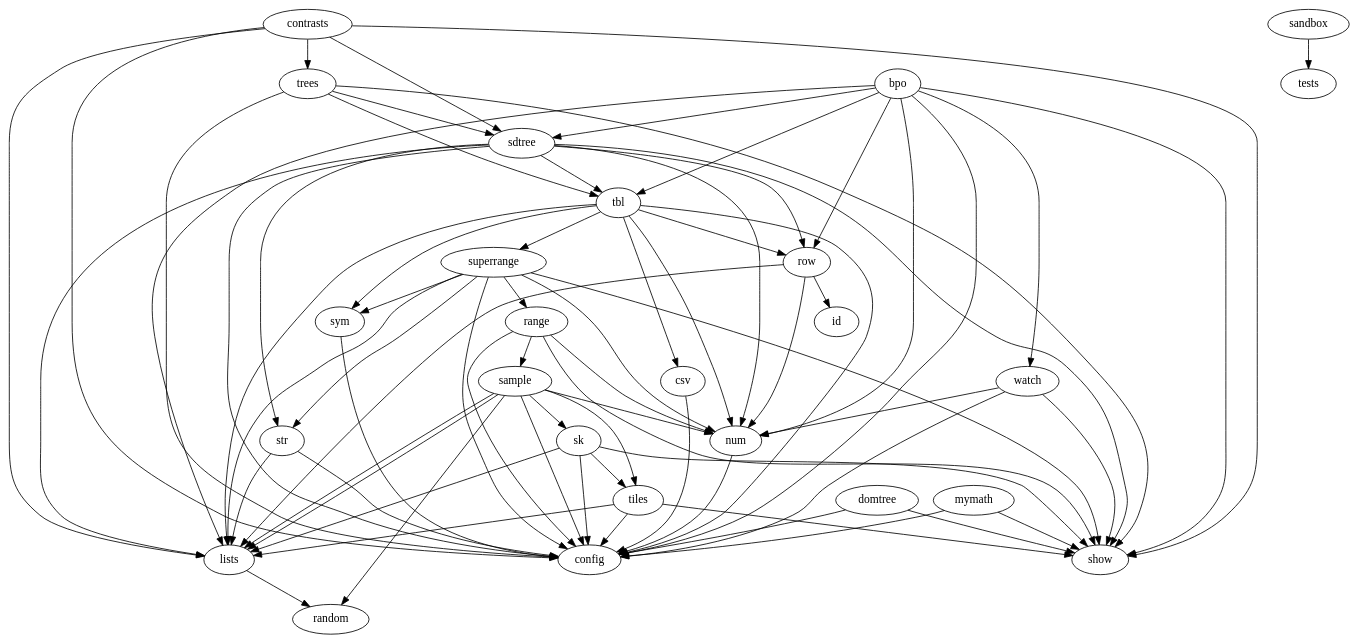
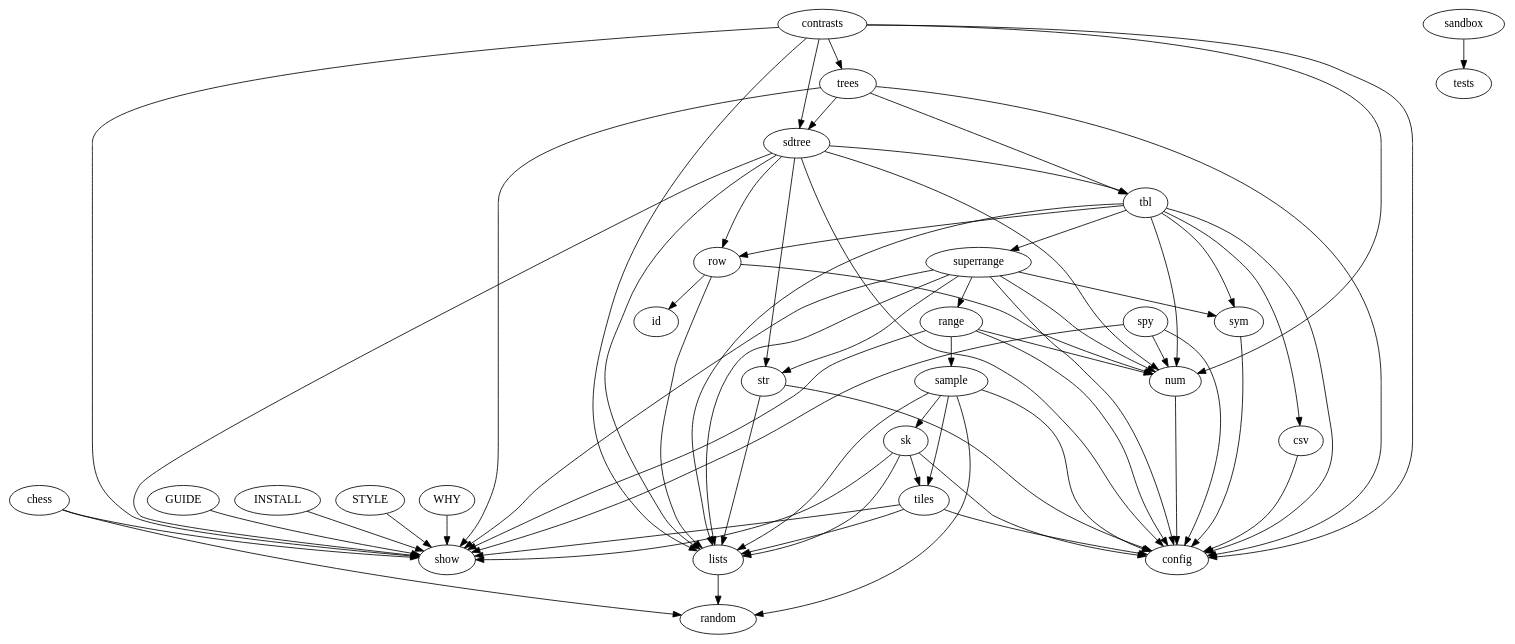
Before and after one commit to lualure/info: the diagram in docs/depends.dot, drawn with Graphviz. The commit also changed 21 other files, not shown here.

```diff
--- a/docs/depends.dot
+++ b/docs/depends.dot
@@ -1,75 +1,68 @@
 digraph G {
-	bpo -> show;
-	bpo -> config;
-	bpo -> lists;
-	bpo -> tbl;
-	bpo -> sdtree;
-	bpo -> row;
-	bpo -> num;
-	bpo -> watch;
+	GUIDE -> show;
+	INSTALL -> show;
+	STYLE -> show;
+	WHY -> show;
+	chess -> show;
+	chess -> random;
 	contrasts -> show;
 	contrasts -> config;
 	contrasts -> sdtree;
 	contrasts -> trees;
 	contrasts -> lists;
+	contrasts -> num;
 	csv -> config;
-	domtree -> show;
-	domtree -> config;
 	lists -> random;
-	mymath -> show;
-	mymath -> config;
 	num -> config;
 	range -> show;
 	range -> config;
 	range -> num;
 	range -> sample;
 	row -> id;
 	row -> lists;
 	row -> num;
 	sample -> config;
 	sample -> random;
 	sample -> lists;
-	sample -> num;
 	sample -> tiles;
-	sample -> lists;
 	sample -> sk;
 	sandbox -> tests;
 	sdtree -> show;
 	sdtree -> config;
 	sdtree -> num;
 	sdtree -> lists;
 	sdtree -> row;
 	sdtree -> tbl;
 	sdtree -> str;
 	sk -> show;
 	sk -> config;
 	sk -> tiles;
 	sk -> lists;
+	spy -> show;
+	spy -> config;
+	spy -> num;
 	str -> config;
 	str -> lists;
 	superrange -> show;
 	superrange -> config;
 	superrange -> num;
 	superrange -> sym;
 	superrange -> range;
 	superrange -> lists;
 	superrange -> str;
 	sym -> config;
 	tbl -> config;
 	tbl -> num;
 	tbl -> sym;
 	tbl -> row;
 	tbl -> csv;
 	tbl -> lists;
 	tbl -> superrange;
 	tiles -> show;
 	tiles -> config;
 	tiles -> lists;
 	trees -> show;
 	trees -> config;
 	trees -> tbl;
 	trees -> sdtree;
-	watch -> show;
-	watch -> config;
-	watch -> num;
 }
```
